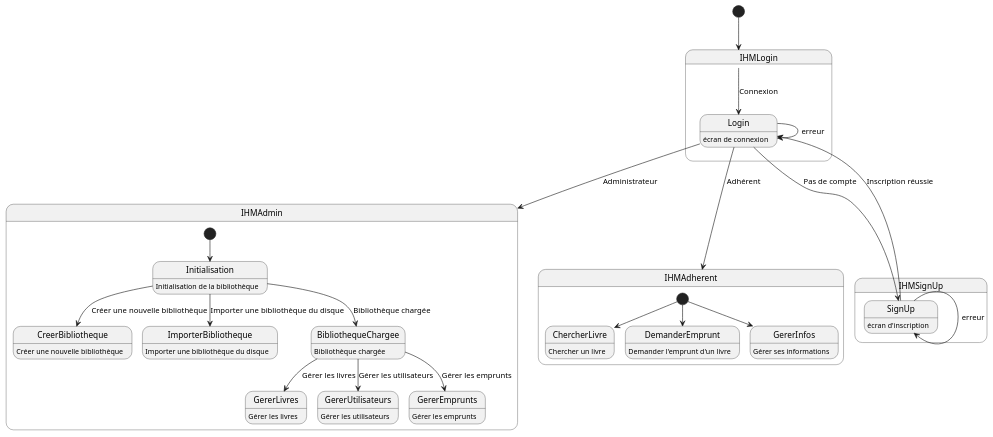
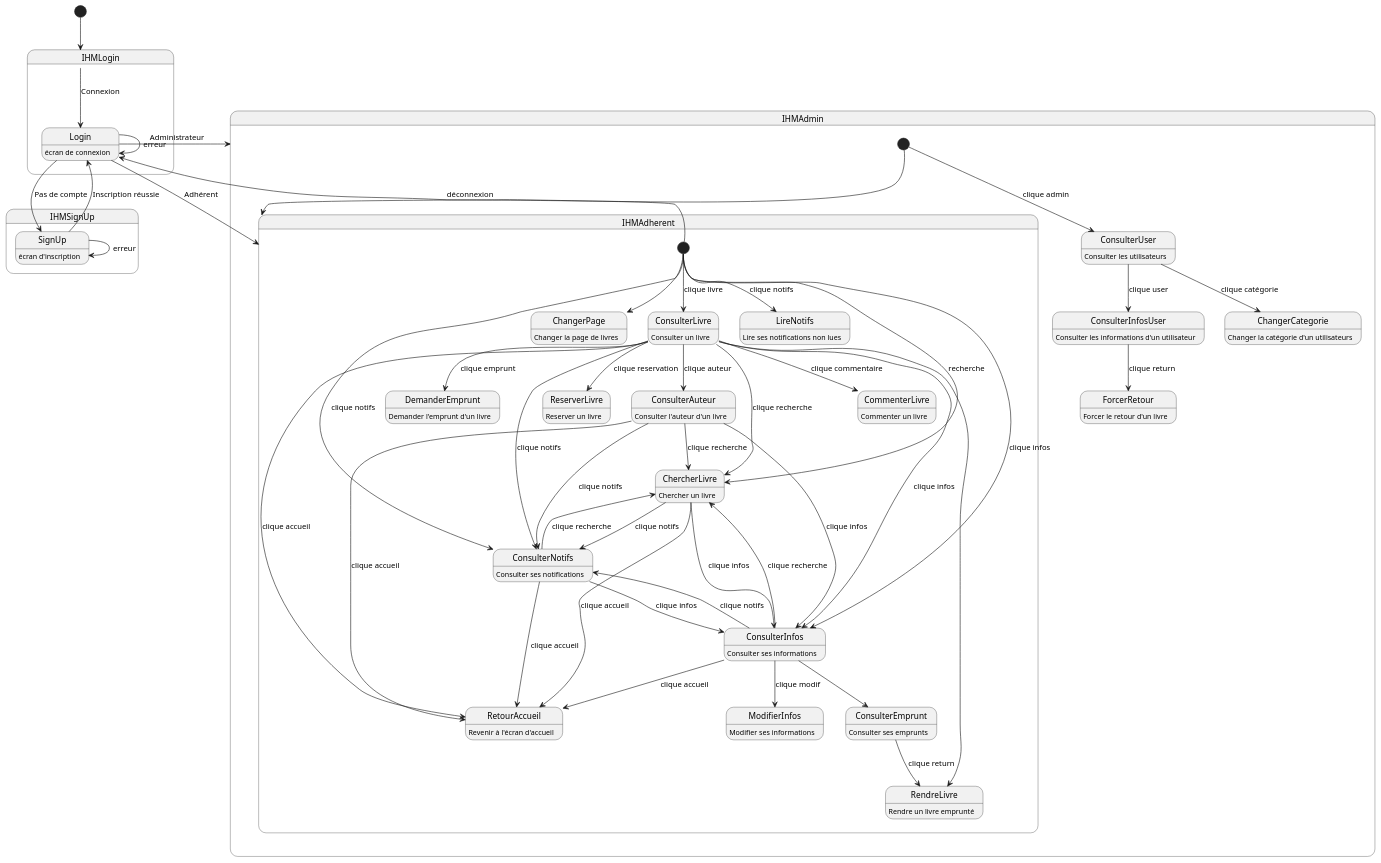
The diagram in src/main/resources/com/example/tp_bibliotheque/uml/stateDiagramm.puml (Atafid/Library-Management-System), drawn with PlantUML before and after one commit. The commit also changed 11 other files, not shown here.

Commit message:
Ajout de la catégorie sur la page utilisateur, ajout des tests de méthodes, avancée de la refonte des diagrammes UML

```diff
--- a/src/main/resources/com/example/tp_bibliotheque/uml/stateDiagramm.puml
+++ b/src/main/resources/com/example/tp_bibliotheque/uml/stateDiagramm.puml
@@ -1,51 +1,95 @@
 @startuml
 
 state IHMLogin {
   state Login : écran de connexion
 }
 
 state IHMSignUp {
   state SignUp : écran d'inscription
 }
 
 state IHMAdmin {
-  state Initialisation : Initialisation de la bibliothèque
-  state CreerBibliotheque : Créer une nouvelle bibliothèque
-  state ImporterBibliotheque : Importer une bibliothèque du disque
-  state BibliothequeChargee : Bibliothèque chargée
-  state GererLivres : Gérer les livres
-  state GererUtilisateurs : Gérer les utilisateurs
-  state GererEmprunts : Gérer les emprunts
+  state ConsulterUser: Consulter les utilisateurs
+  state ChangerCategorie: Changer la catégorie d'un utilisateurs
+  state ConsulterInfosUser: Consulter les informations d'un utilisateur
+  state ForcerRetour: Forcer le retour d'un livre
 
-  [*] --> Initialisation
+  [*] --> IHMAdherent
+  [*] --> ConsulterUser: clique admin
+  ConsulterUser --> ChangerCategorie: clique catégorie
+  ConsulterUser --> ConsulterInfosUser: clique user
+  ConsulterInfosUser --> ForcerRetour: clique return
 }
 
 state IHMAdherent {
+  state RetourAccueil : Revenir à l'écran d'accueil
   state ChercherLivre : Chercher un livre
+  state ChangerPage : Changer la page de livres
+
+  state ConsulterLivre : Consulter un livre
   state DemanderEmprunt : Demander l'emprunt d'un livre
-  state GererInfos : Gérer ses informations
+  state RendreLivre : Rendre un livre emprunté
+  state ReserverLivre : Reserver un livre
+  state CommenterLivre : Commenter un livre
 
-  [*] --> ChercherLivre
-  [*] --> DemanderEmprunt
-  [*] --> GererInfos
+  state ConsulterAuteur : Consulter l'auteur d'un livre
+
+  state LireNotifs: Lire ses notifications non lues
+  state ConsulterNotifs : Consulter ses notifications
+
+  state ConsulterInfos : Consulter ses informations
+  state ModifierInfos: Modifier ses informations
+  state ConsulterEmprunt: Consulter ses emprunts
+
+  [*] --> ChangerPage
+
+  [*] --> ChercherLivre: recherche
+  ChercherLivre --> RetourAccueil: clique accueil
+  ChercherLivre --> ConsulterNotifs: clique notifs
+  ChercherLivre --> ConsulterInfos: clique infos
+
+  [*] --> ConsulterLivre: clique livre
+  ConsulterLivre --> DemanderEmprunt: clique emprunt
+  ConsulterLivre --> RendreLivre
+  ConsulterLivre --> ReserverLivre: clique reservation
+  ConsulterLivre --> CommenterLivre: clique commentaire
+  ConsulterLivre --> RetourAccueil: clique accueil
+  ConsulterLivre --> ChercherLivre: clique recherche
+  ConsulterLivre --> ConsulterNotifs: clique notifs
+  ConsulterLivre --> ConsulterInfos: clique infos
+
+  ConsulterLivre --> ConsulterAuteur: clique auteur
+  ConsulterAuteur --> RetourAccueil: clique accueil
+  ConsulterAuteur --> ChercherLivre: clique recherche
+  ConsulterAuteur --> ConsulterNotifs: clique notifs
+  ConsulterAuteur --> ConsulterInfos: clique infos
+
+  [*] --> LireNotifs: clique notifs
+  [*] --> ConsulterNotifs: clique notifs
+  ConsulterNotifs --> RetourAccueil: clique accueil
+  ConsulterNotifs --> ChercherLivre: clique recherche
+  ConsulterNotifs --> ConsulterInfos: clique infos
+
+  [*] --> ConsulterInfos: clique infos
+  ConsulterInfos --> ModifierInfos: clique modif
+  ConsulterInfos --> ConsulterEmprunt
+  ConsulterInfos --> RetourAccueil: clique accueil
+  ConsulterInfos --> ChercherLivre: clique recherche
+  ConsulterInfos --> ConsulterNotifs: clique notifs
+
+  ConsulterEmprunt --> RendreLivre: clique return
+
+  [*] --> Login: déconnexion
 }
 
 [*] --> IHMLogin
 IHMLogin --> Login: Connexion
 Login --> Login : erreur
 Login --> SignUp : Pas de compte
 SignUp --> SignUp : erreur
 SignUp --> Login : Inscription réussie
 Login --> IHMAdmin : Administrateur
 Login --> IHMAdherent : Adhérent
 
 
-Initialisation --> CreerBibliotheque : Créer une nouvelle bibliothèque
-Initialisation --> ImporterBibliotheque : Importer une bibliothèque du disque
-Initialisation --> BibliothequeChargee : Bibliothèque chargée
-BibliothequeChargee --> GererLivres : Gérer les livres
-BibliothequeChargee --> GererUtilisateurs : Gérer les utilisateurs
-BibliothequeChargee --> GererEmprunts : Gérer les emprunts
-
-
 @enduml
```
